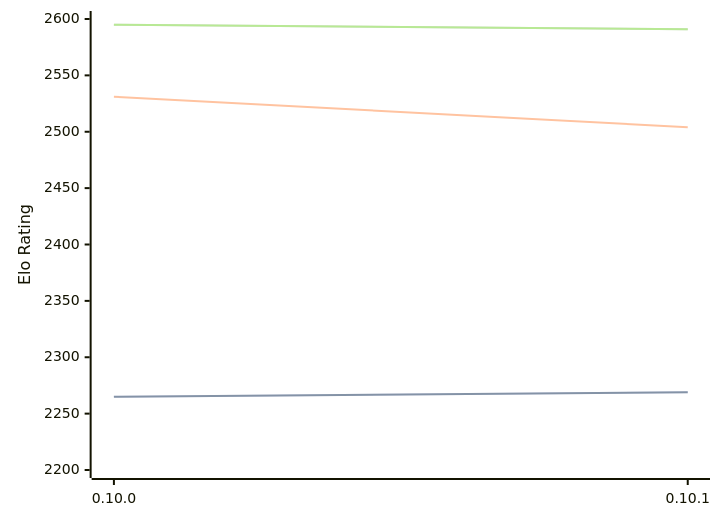
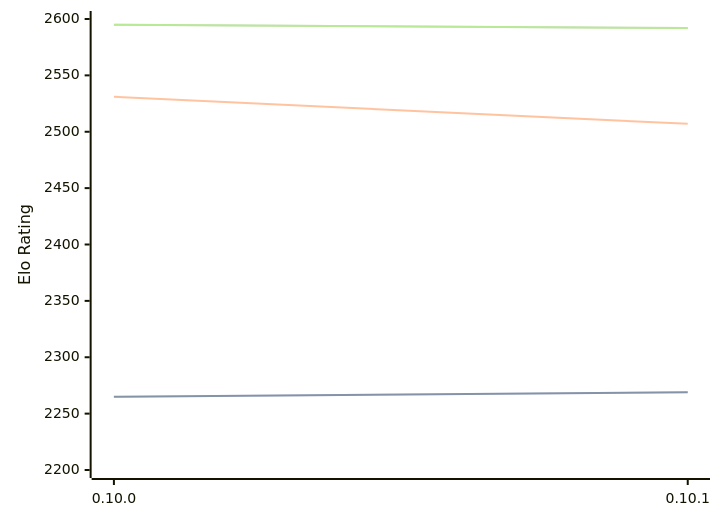
Before and after one commit to computer-chess-index/cci: the diagram in engines/Fatalii.md, drawn with Mermaid. The commit also changed other lines of this file, not shown here.

Commit message:
Update CCI Ratings (ELO VLTC) - 2026-08-01

````diff
--- a/engines/Fatalii.md
+++ b/engines/Fatalii.md
@@ -46,11 +46,11 @@
 ```mermaid
 %%{init: {"theme":"base","themeVariables":{"seriesColors:['#a3a3a3','#222221','#faa371']}}}%%
 xychart-beta
   x-axis ["0.10.0", "0.10.1"]
   y-axis "Elo Rating" 2200 --> 2600
   line "STC (8.0+0.08s)" [2265, 2269]
   line "STC (8.0+0.08s)" [2265, 2269]
-  line "LTC (60.0+0.60s)" [2531, 2504]
-  line "VLTC (2m24s+1.12s)" [2595, 2591]
-  line "VLTC (2m24s+1.12s)" [2595, 2591]
+  line "LTC (60.0+0.60s)" [2531, 2507]
+  line "VLTC (2m24s+1.12s)" [2595, 2592]
+  line "VLTC (2m24s+1.12s)" [2595, 2592]
 ```
````
